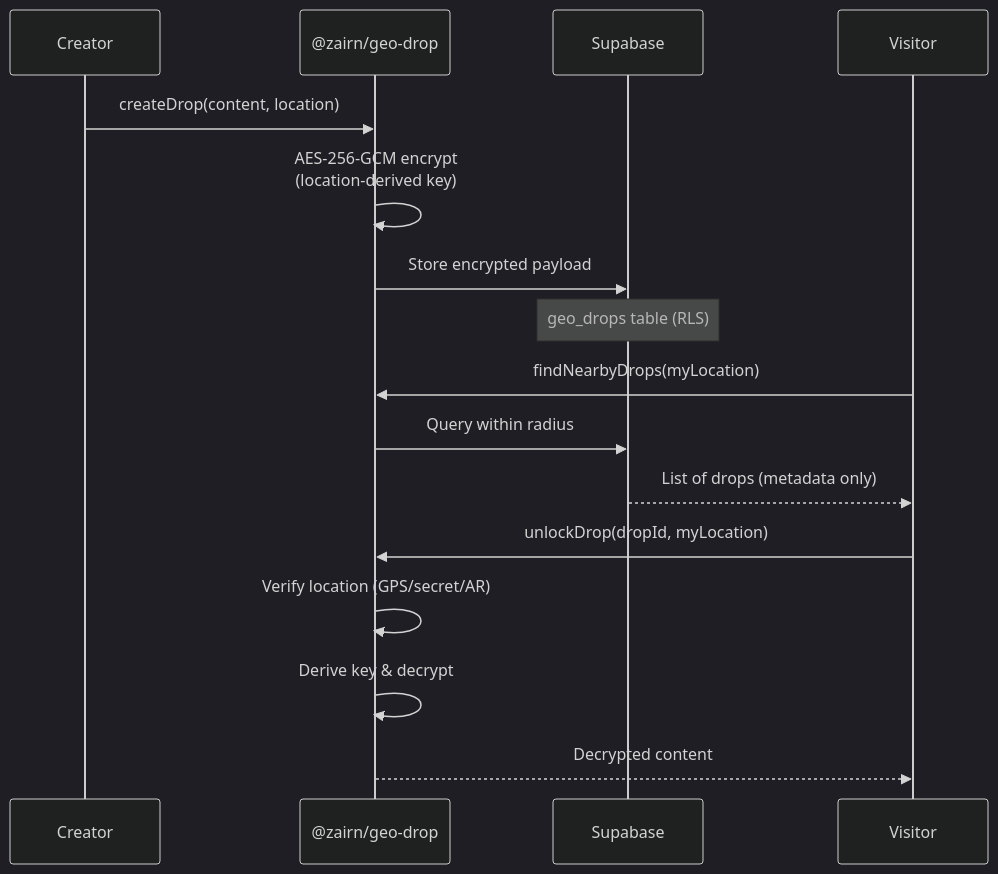
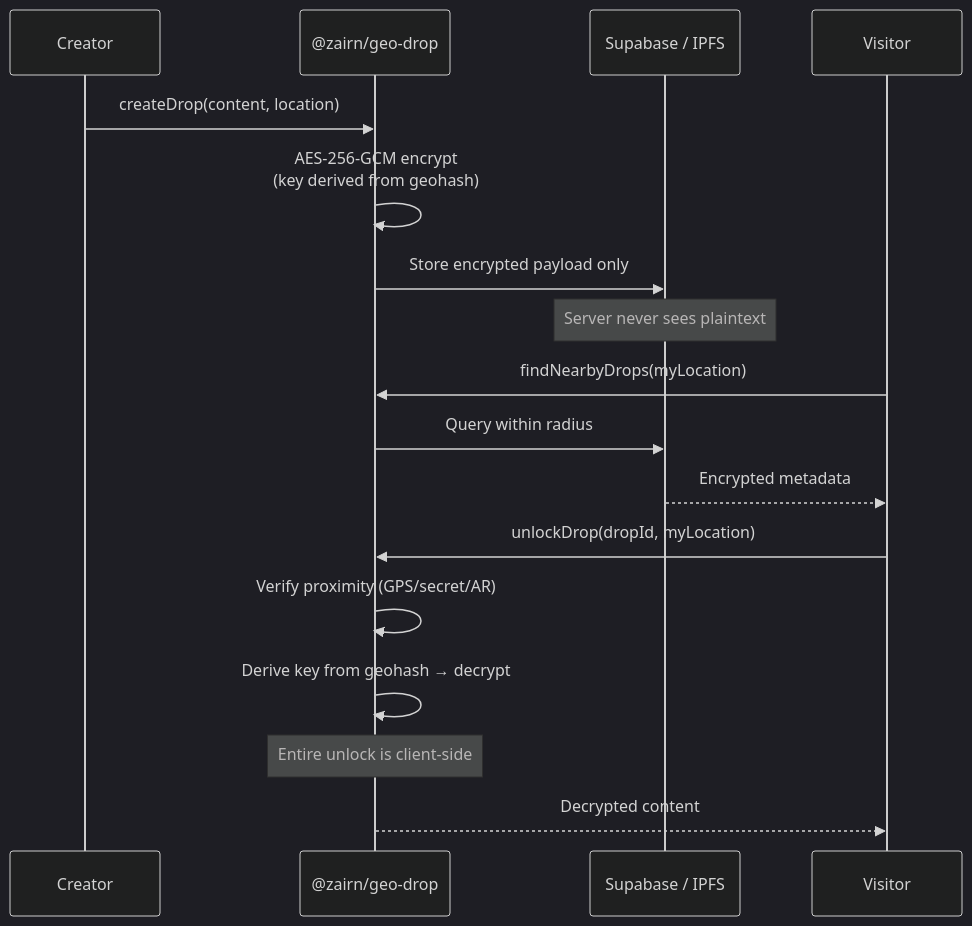
The second of 3 diagrams in README.md (zairn-dev/Zairn), drawn with Mermaid (dark theme) before and after one commit. The commit also changed other lines of this file and 32 other files, not shown here.

````diff
--- a/README.md
+++ b/README.md
@@ -162,21 +209,22 @@
 ```mermaid
 sequenceDiagram
   participant U as Creator
   participant SDK as @zairn/geo-drop
-  participant DB as Supabase
+  participant DB as Supabase / IPFS
   participant V as Visitor
 
   U->>SDK: createDrop(content, location)
-  SDK->>SDK: AES-256-GCM encrypt<br/>(location-derived key)
-  SDK->>DB: Store encrypted payload
-  Note over DB: geo_drops table (RLS)
+  SDK->>SDK: AES-256-GCM encrypt<br/>(key derived from geohash)
+  SDK->>DB: Store encrypted payload only
+  Note over DB: Server never sees plaintext
 
   V->>SDK: findNearbyDrops(myLocation)
   SDK->>DB: Query within radius
-  DB-->>V: List of drops (metadata only)
+  DB-->>V: Encrypted metadata
 
   V->>SDK: unlockDrop(dropId, myLocation)
-  SDK->>SDK: Verify location (GPS/secret/AR)
-  SDK->>SDK: Derive key & decrypt
+  SDK->>SDK: Verify proximity (GPS/secret/AR)
+  SDK->>SDK: Derive key from geohash → decrypt
+  Note over SDK: Entire unlock is client-side
   SDK-->>V: Decrypted content
 ```
````
